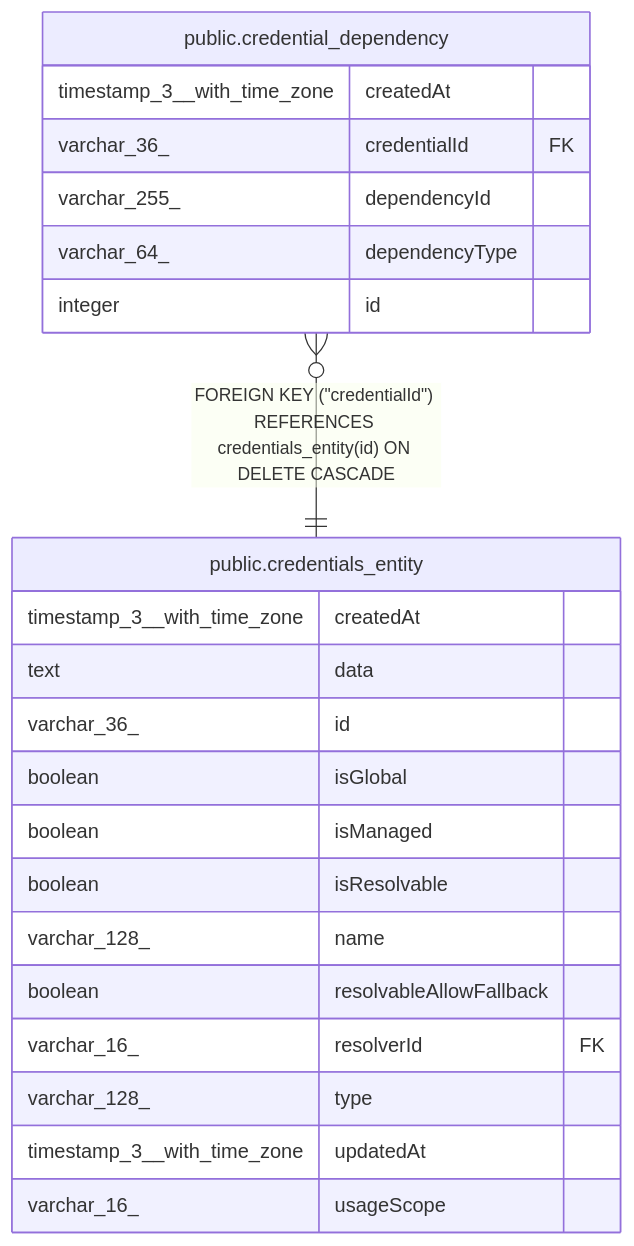
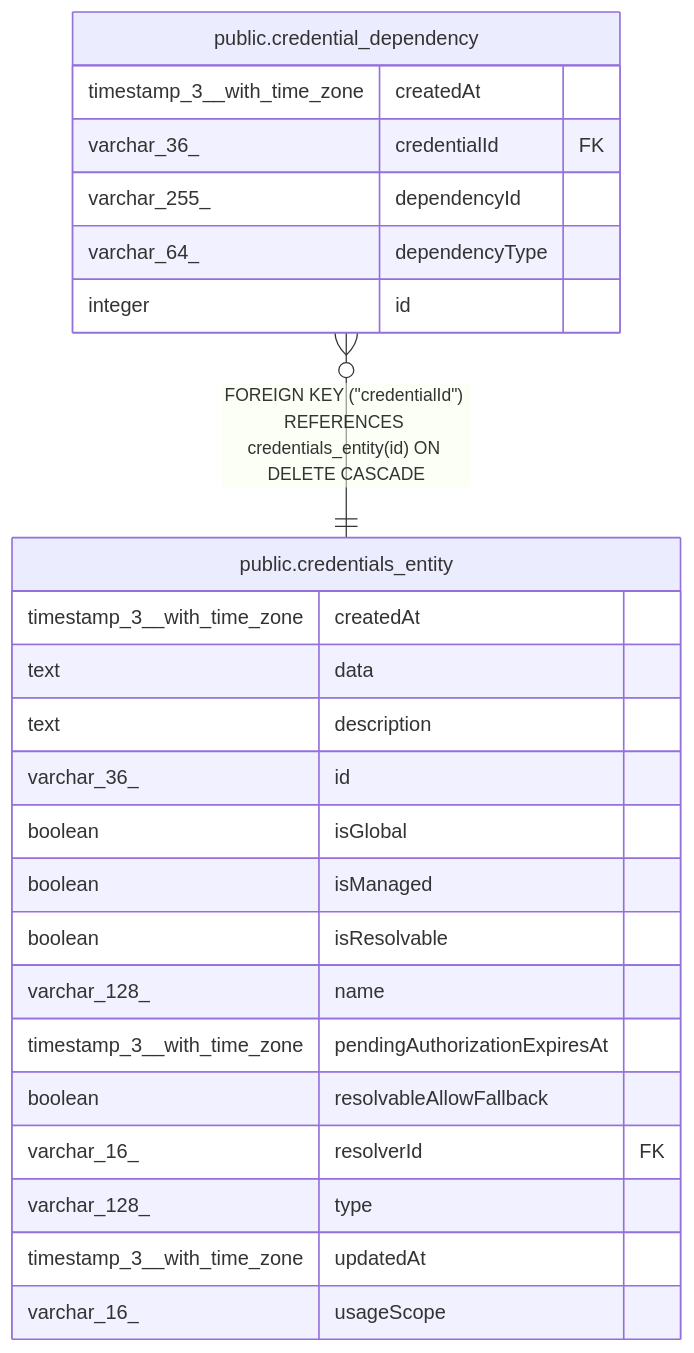
The diagram in n8n_integration/n8n_source/docs/generated/postgres-schema/public.credential_dependency.md (koreatest12/studys), drawn with Mermaid before and after one commit. The commit also changed 23019 other files, not shown here.

````diff
--- a/n8n_integration/n8n_source/docs/generated/postgres-schema/public.credential_dependency.md
+++ b/n8n_integration/n8n_source/docs/generated/postgres-schema/public.credential_dependency.md
@@ -36,27 +36,29 @@
 ```mermaid
 erDiagram
 
 "public.credential_dependency" }o--|| "public.credentials_entity" : "FOREIGN KEY (#quot;credentialId#quot;) REFERENCES credentials_entity(id) ON DELETE CASCADE"
 
 "public.credential_dependency" {
   timestamp_3__with_time_zone createdAt
   varchar_36_ credentialId FK
   varchar_255_ dependencyId
   varchar_64_ dependencyType
   integer id
 }
 "public.credentials_entity" {
   timestamp_3__with_time_zone createdAt
   text data
+  text description
   varchar_36_ id
   boolean isGlobal
   boolean isManaged
   boolean isResolvable
   varchar_128_ name
+  timestamp_3__with_time_zone pendingAuthorizationExpiresAt
   boolean resolvableAllowFallback
   varchar_16_ resolverId FK
   varchar_128_ type
   timestamp_3__with_time_zone updatedAt
   varchar_16_ usageScope
 }
 ```
````
